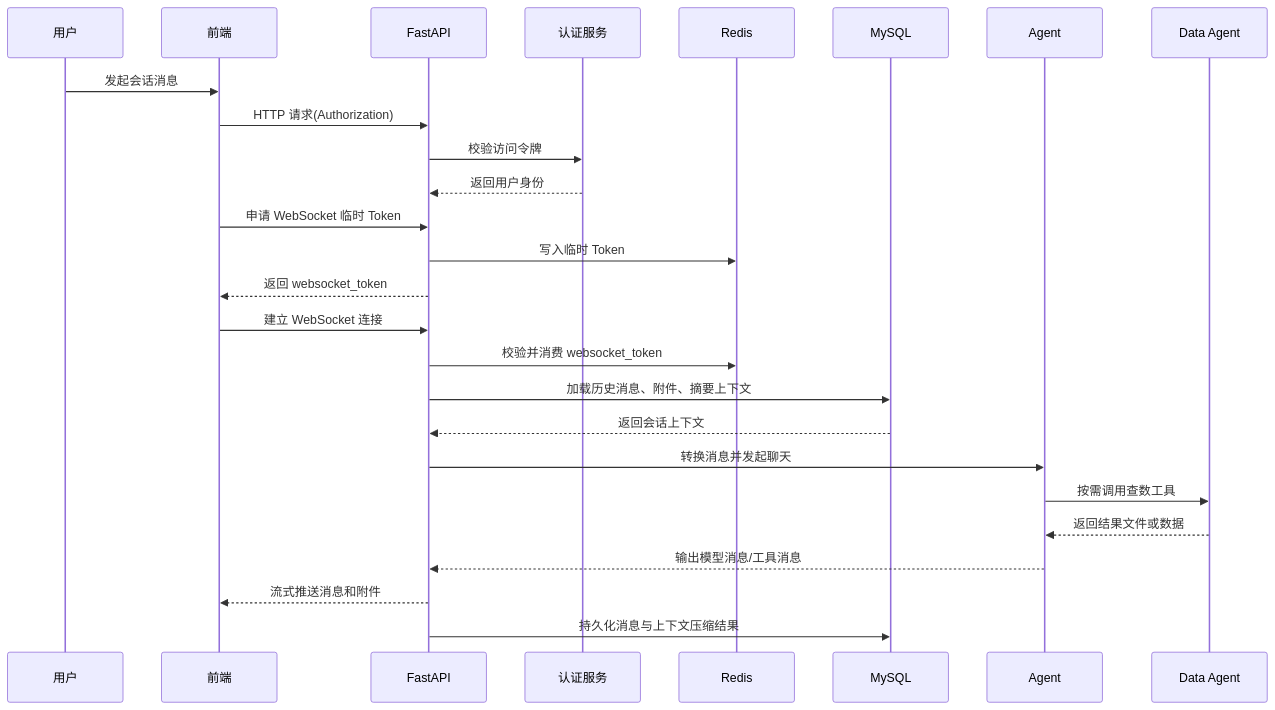
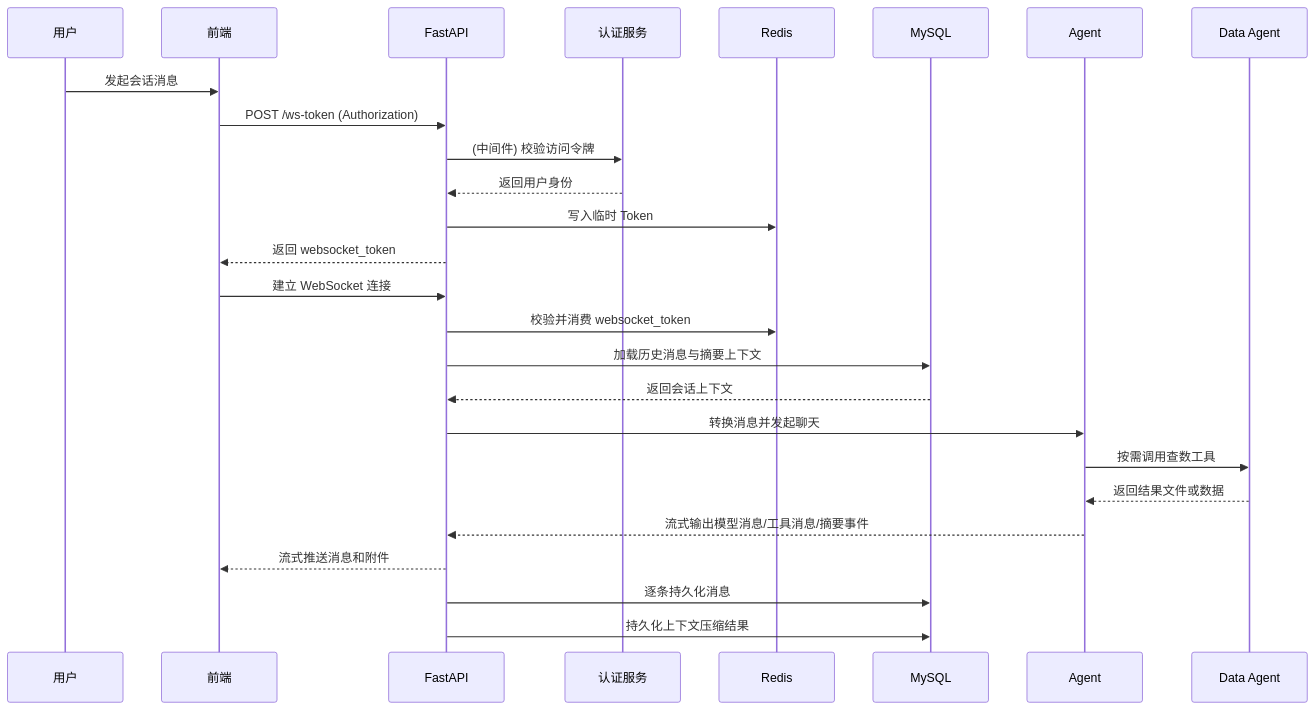
The second of 2 diagrams in docs/DOC.md (2739673455/dataagent), drawn with Mermaid before and after one commit. The commit also changed other lines of this file and 230 other files, not shown here.

````diff
--- a/docs/DOC.md
+++ b/docs/DOC.md
@@ -123,33 +122,32 @@
 ```mermaid
 sequenceDiagram
     participant U as 用户
     participant FE as 前端
     participant API as FastAPI
     participant AUTH as 认证服务
     participant REDIS as Redis
     participant DB as MySQL
     participant AGENT as Agent
     participant DATA as Data Agent
 
     U->>FE: 发起会话消息
-    FE->>API: HTTP 请求(Authorization)
-    API->>AUTH: 校验访问令牌
+    FE->>API: POST /ws-token (Authorization)
+    API->>AUTH: (中间件) 校验访问令牌
     AUTH-->>API: 返回用户身份
-
-    FE->>API: 申请 WebSocket 临时 Token
     API->>REDIS: 写入临时 Token
     API-->>FE: 返回 websocket_token
 
     FE->>API: 建立 WebSocket 连接
     API->>REDIS: 校验并消费 websocket_token
-    API->>DB: 加载历史消息、附件、摘要上下文
+    API->>DB: 加载历史消息与摘要上下文
     DB-->>API: 返回会话上下文
 
     API->>AGENT: 转换消息并发起聊天
     AGENT->>DATA: 按需调用查数工具
     DATA-->>AGENT: 返回结果文件或数据
-    AGENT-->>API: 输出模型消息/工具消息
+    AGENT-->>API: 流式输出模型消息/工具消息/摘要事件
 
     API-->>FE: 流式推送消息和附件
-    API->>DB: 持久化消息与上下文压缩结果
+    API->>DB: 逐条持久化消息
+    API->>DB: 持久化上下文压缩结果
 ```
````
